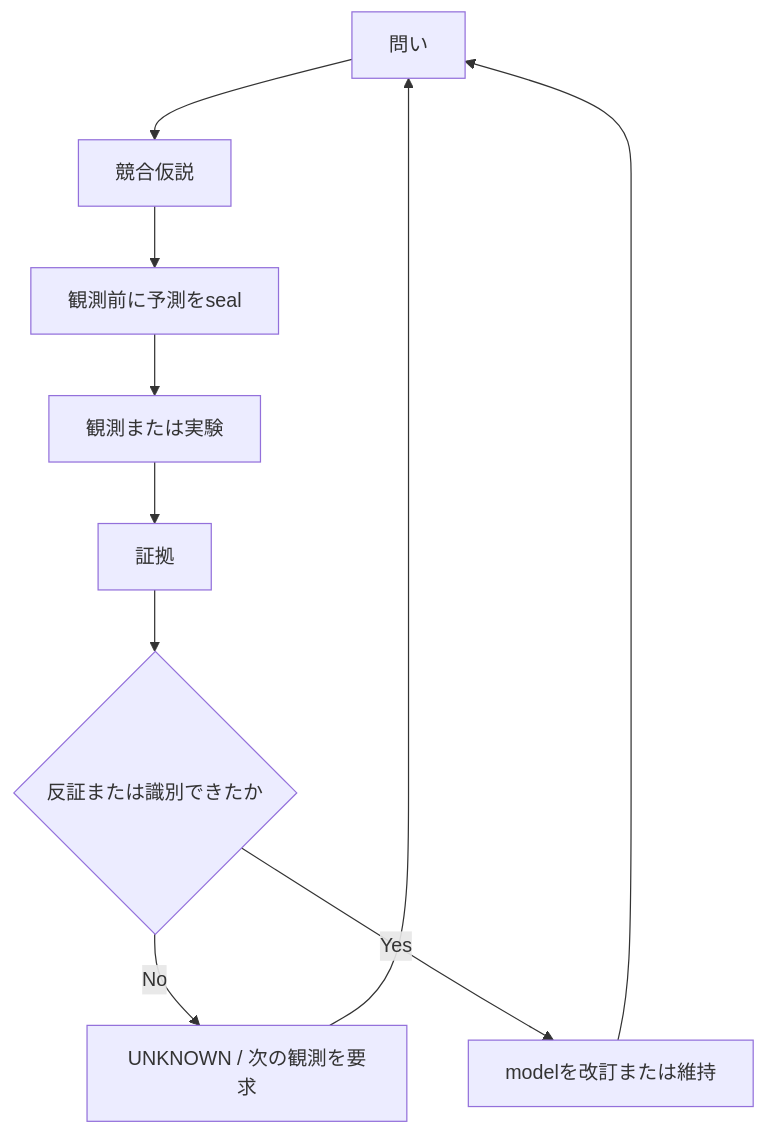
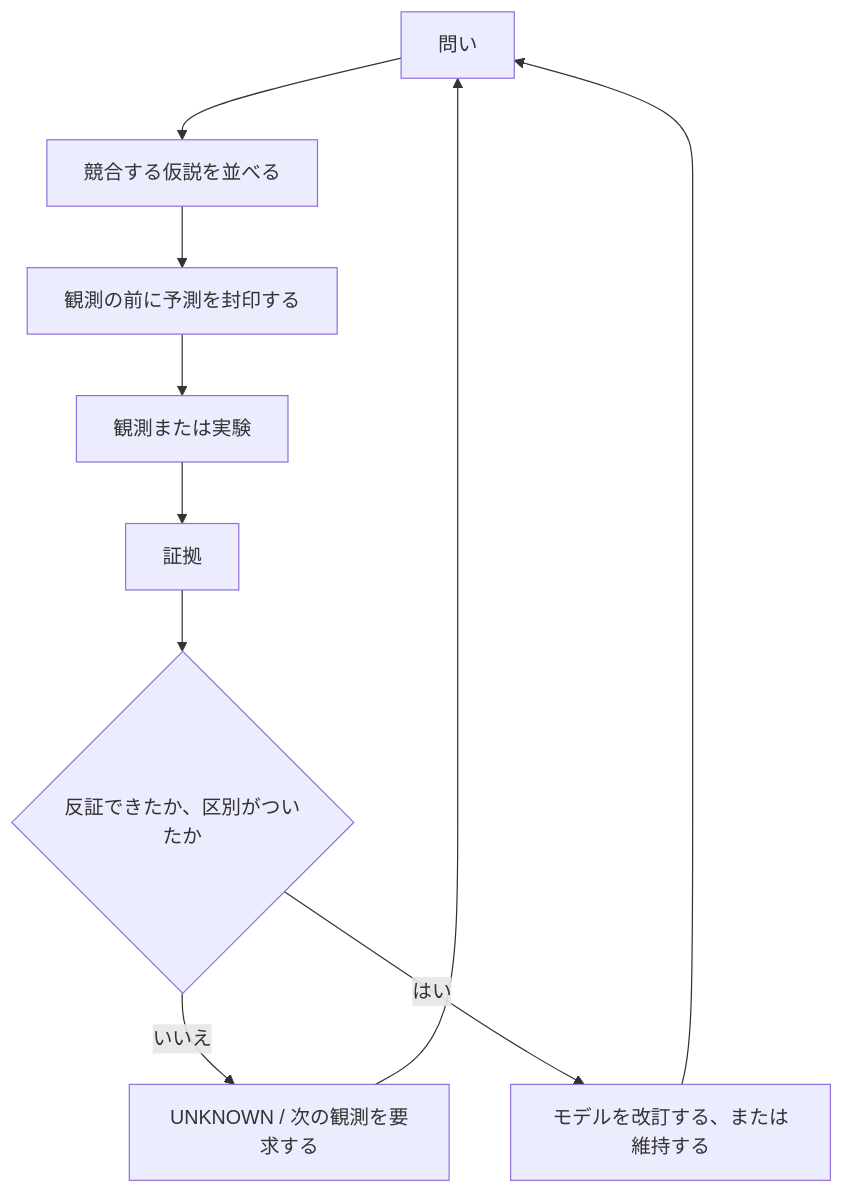
The diagram in content/ja/about/scientific-os.md (kbmt327-dev/scientific-os-research), drawn with Mermaid before and after one commit. The commit also changed other lines of this file and 45 other files, not shown here.

````diff
--- a/content/ja/about/scientific-os.md
+++ b/content/ja/about/scientific-os.md
@@ -11,12 +11,12 @@
 ```mermaid
 flowchart TD
-  Q[問い] --> H[競合仮説]
-  H --> P[観測前に予測をseal]
+  Q[問い] --> H[競合する仮説を並べる]
+  H --> P[観測の前に予測を封印する]
   P --> O[観測または実験]
   O --> E[証拠]
-  E --> F{反証または識別できたか}
-  F -->|No| U[UNKNOWN / 次の観測を要求]
-  F -->|Yes| R[modelを改訂または維持]
+  E --> F{反証できたか、区別がついたか}
+  F -->|いいえ| U[UNKNOWN / 次の観測を要求する]
+  F -->|はい| R[モデルを改訂する、または維持する]
   U --> Q
   R --> Q
 ```
````
